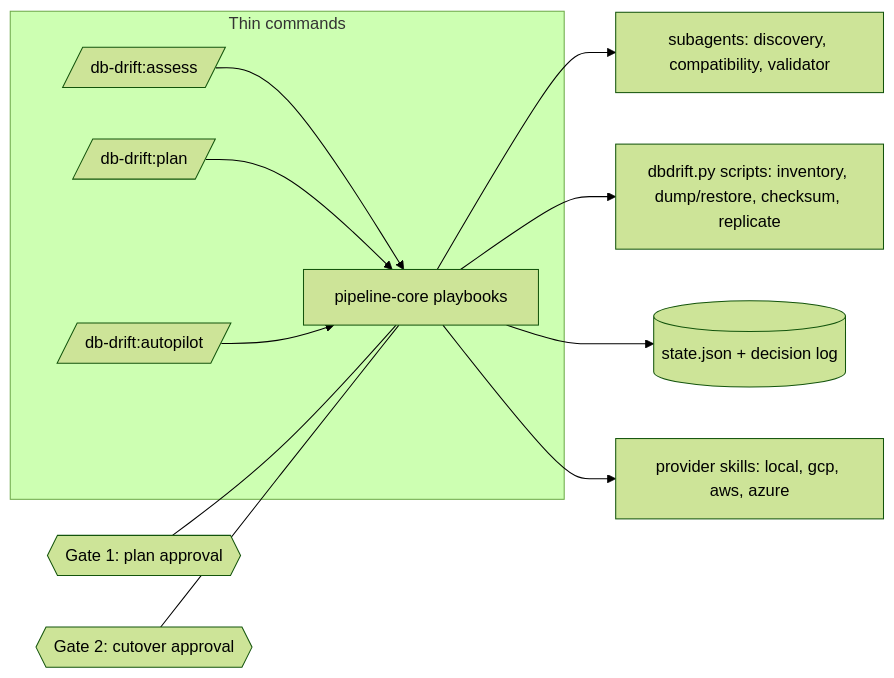
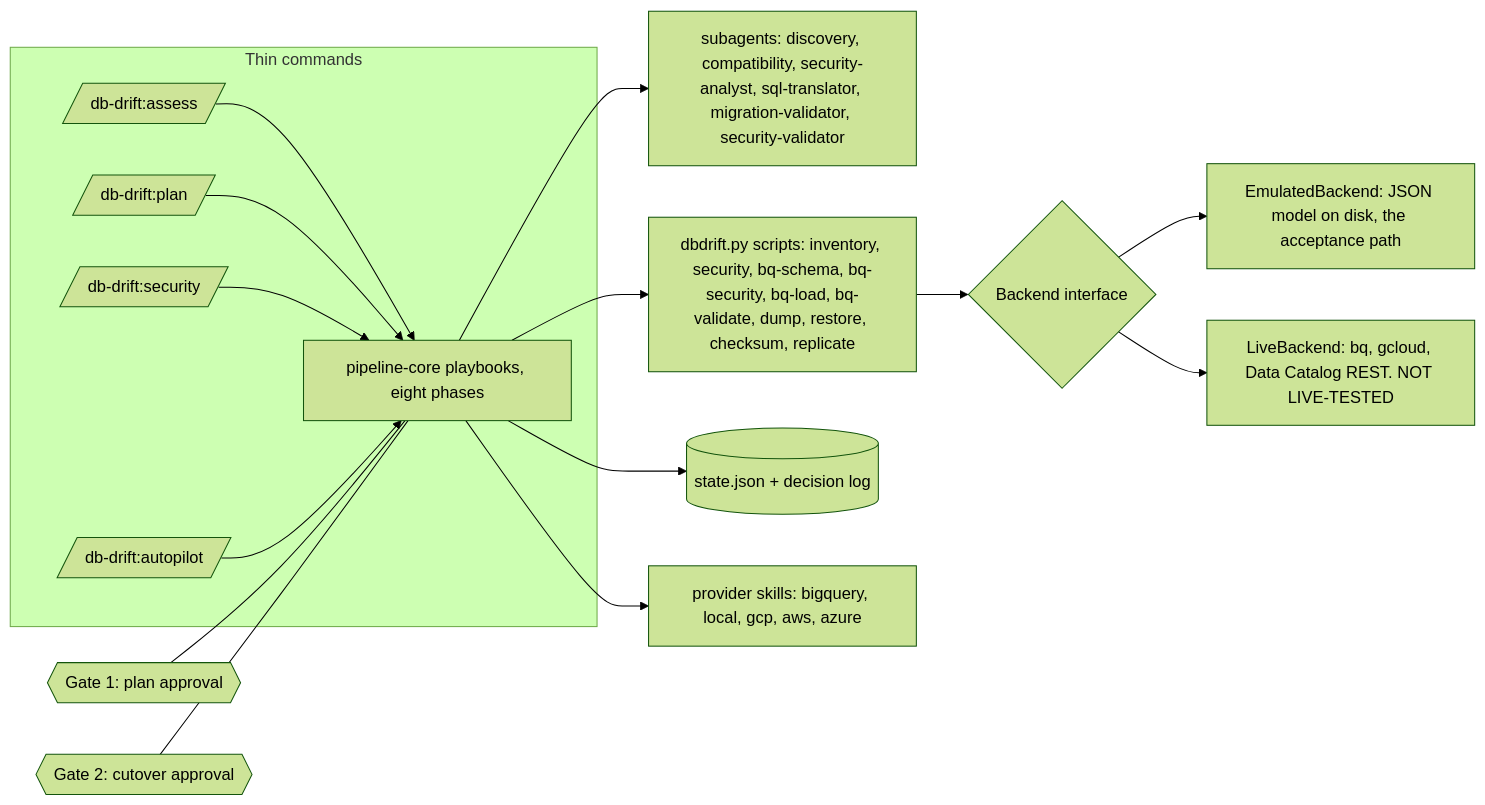
One commit to ssevera1/dbcarry changed the diagram in README.md. Above: the diagram before and after it, drawn with Mermaid (forest theme). The commit also changed other lines of this file and 28 other files, not shown here.

First line of the commit message:
docs: BigQuery provider and security-mapping skills, new agents, playbooks, and handoff

````diff
--- a/README.md
+++ b/README.md
@@ -14,14 +25,18 @@
 ```mermaid
 flowchart LR
   subgraph commands [Thin commands]
     A[/db-drift:assess/] --> PB
     P[/db-drift:plan/] --> PB
+    S[/db-drift:security/] --> PB
     M[/db-drift:autopilot/] --> PB
   end
-  PB[pipeline-core playbooks] --> SA[subagents: discovery, compatibility, validator]
-  PB --> SC[dbdrift.py scripts: inventory, dump/restore, checksum, replicate]
+  PB[pipeline-core playbooks, eight phases] --> SA[subagents: discovery, compatibility, security-analyst, sql-translator, migration-validator, security-validator]
+  PB --> SC[dbdrift.py scripts: inventory, security, bq-schema, bq-security, bq-load, bq-validate, dump, restore, checksum, replicate]
+  SC --> BE{Backend interface}
+  BE --> EM[EmulatedBackend: JSON model on disk, the acceptance path]
+  BE --> LV[LiveBackend: bq, gcloud, Data Catalog REST. NOT LIVE-TESTED]
   PB --> ST[(state.json + decision log)]
-  PB --> PR[provider skills: local, gcp, aws, azure]
+  PB --> PR[provider skills: bigquery, local, gcp, aws, azure]
   G1{{Gate 1: plan approval}} --- PB
   G2{{Gate 2: cutover approval}} --- PB
 ```
````
